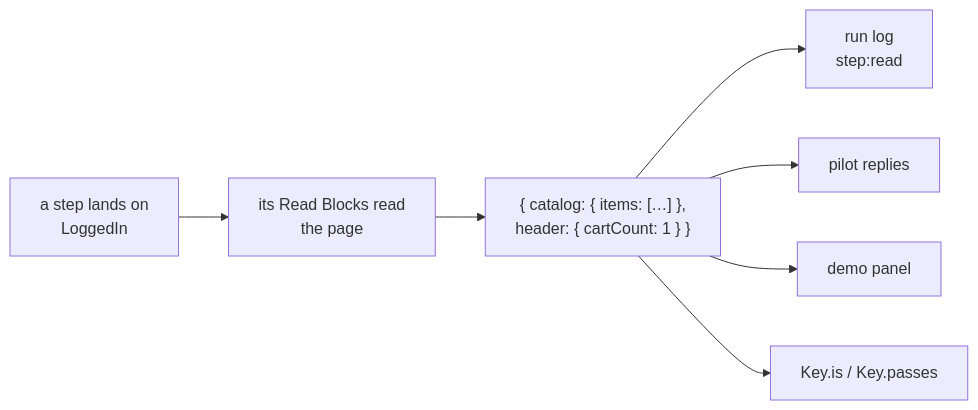
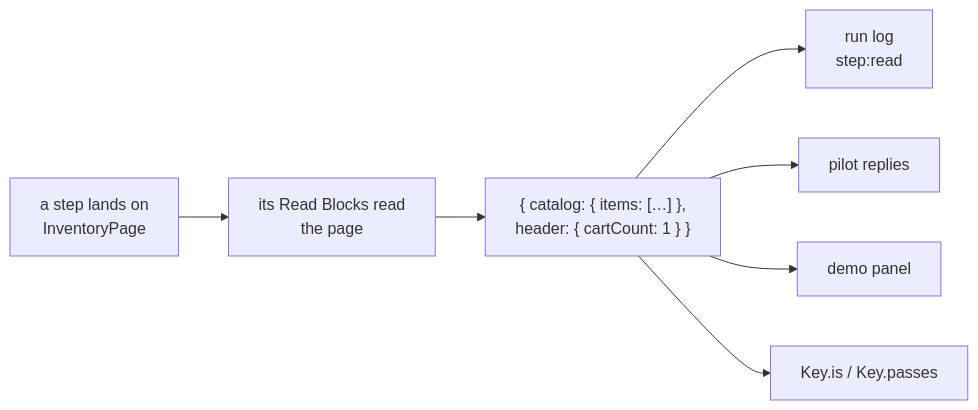
Before and after one commit to deviate-dv8/waygraph: the diagram in docs/guides/reads.md, drawn with Mermaid. The commit also changed other lines of this file and 74 other files, not shown here.

Commit message:
saucedemo: the products page's Checkpoint is InventoryPage (was LoggedIn, a state, not a page), like LoginPage, CartPage and CheckoutInfoPage; the quickstart, tests, docs and examples follow

````diff
--- a/docs/guides/reads.md
+++ b/docs/guides/reads.md
@@ -7,9 +7,9 @@
 ```mermaid
 graph LR
-  S[a step lands on<br/>LoggedIn] --> R[its Read Blocks read<br/>the page]
+  S[a step lands on<br/>InventoryPage] --> R[its Read Blocks read<br/>the page]
   R --> J["{ catalog: { items: […] },<br/>header: { cartCount: 1 } }"]
   J --> L[run log<br/>step:read]
   J --> P[pilot replies]
   J --> D[demo panel]
   J --> T[Key.is / Key.passes]
 ```
````
